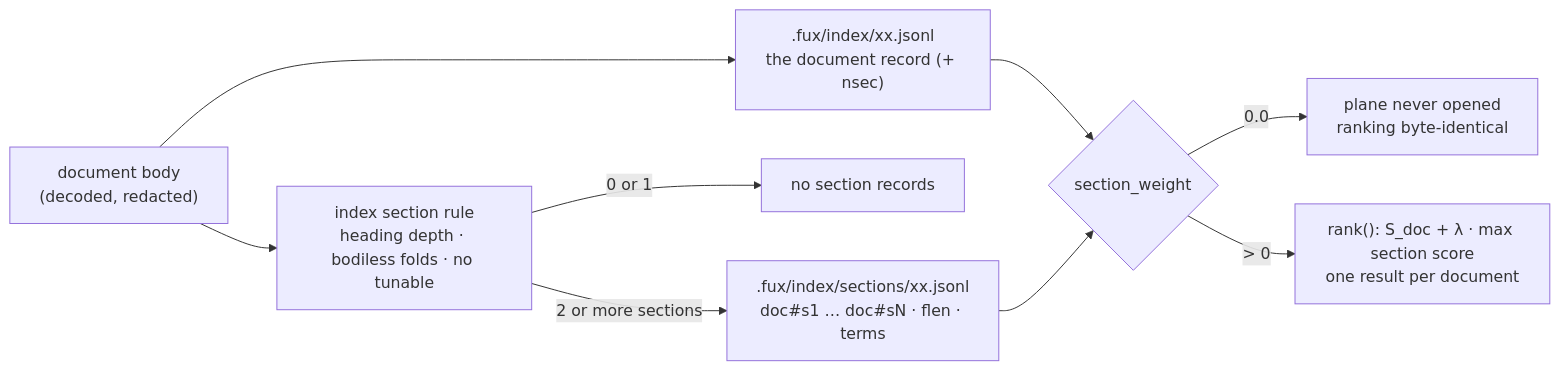
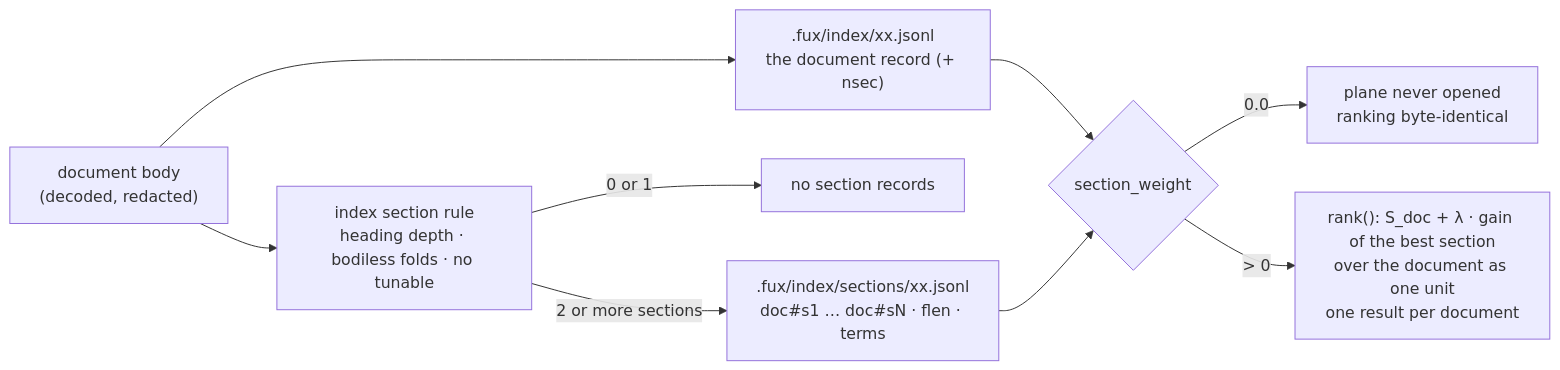
The diagram in records/0161_sections.md (arpitarya/fux), drawn with Mermaid before and after one commit. The commit also changed other lines of this file and 2 other files, not shown here.

First line of the commit message:
W-269 DoD 1: SR-SECTIONS decision 5 amended to the gain-only term

````diff
--- a/records/0161_sections.md
+++ b/records/0161_sections.md
@@ -68,11 +71,11 @@
 ```mermaid
 flowchart LR
     D["document body<br/>(decoded, redacted)"] --> R["index section rule<br/>heading depth · bodiless folds · no tunable"]
     R -->|"2 or more sections"| S[".fux/index/sections/xx.jsonl<br/>doc#s1 … doc#sN · flen · terms"]
     R -->|"0 or 1"| N["no section records"]
     D --> P[".fux/index/xx.jsonl<br/>the document record (+ nsec)"]
     P --> Q{"section_weight"}
     S --> Q
     Q -->|"0.0"| O["plane never opened<br/>ranking byte-identical"]
-    Q -->|"> 0"| B["rank(): S_doc + λ · max section score<br/>one result per document"]
+    Q -->|"> 0"| B["rank(): S_doc + λ · gain of the best section<br/>over the document as one unit<br/>one result per document"]
 ```
````
